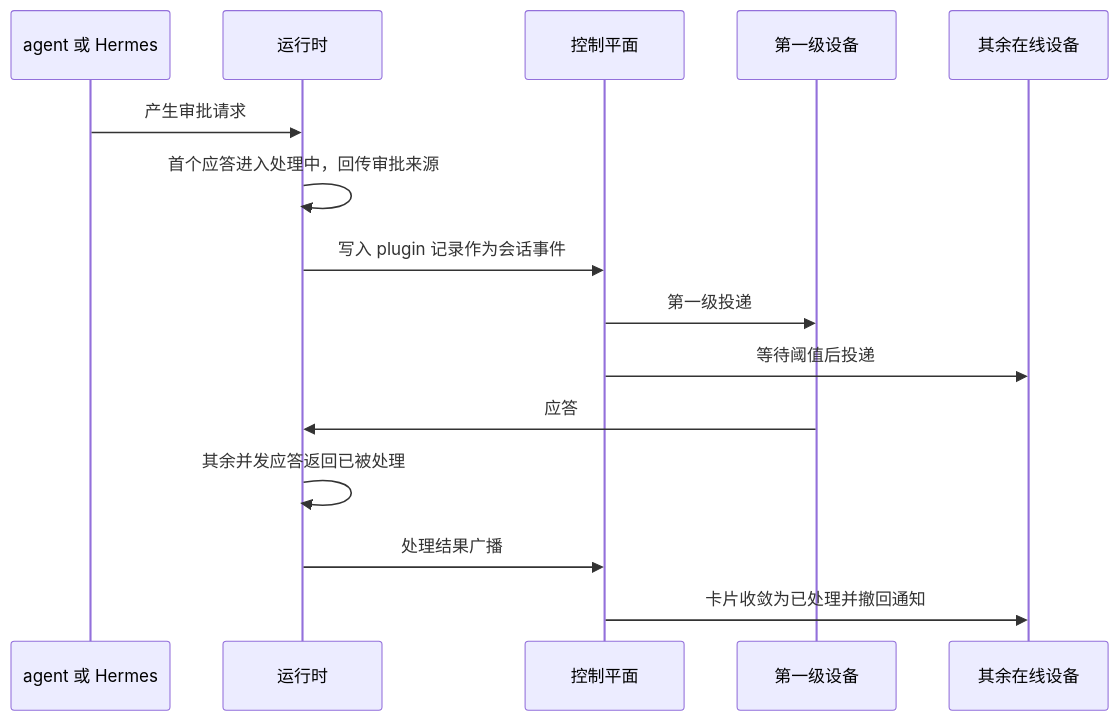
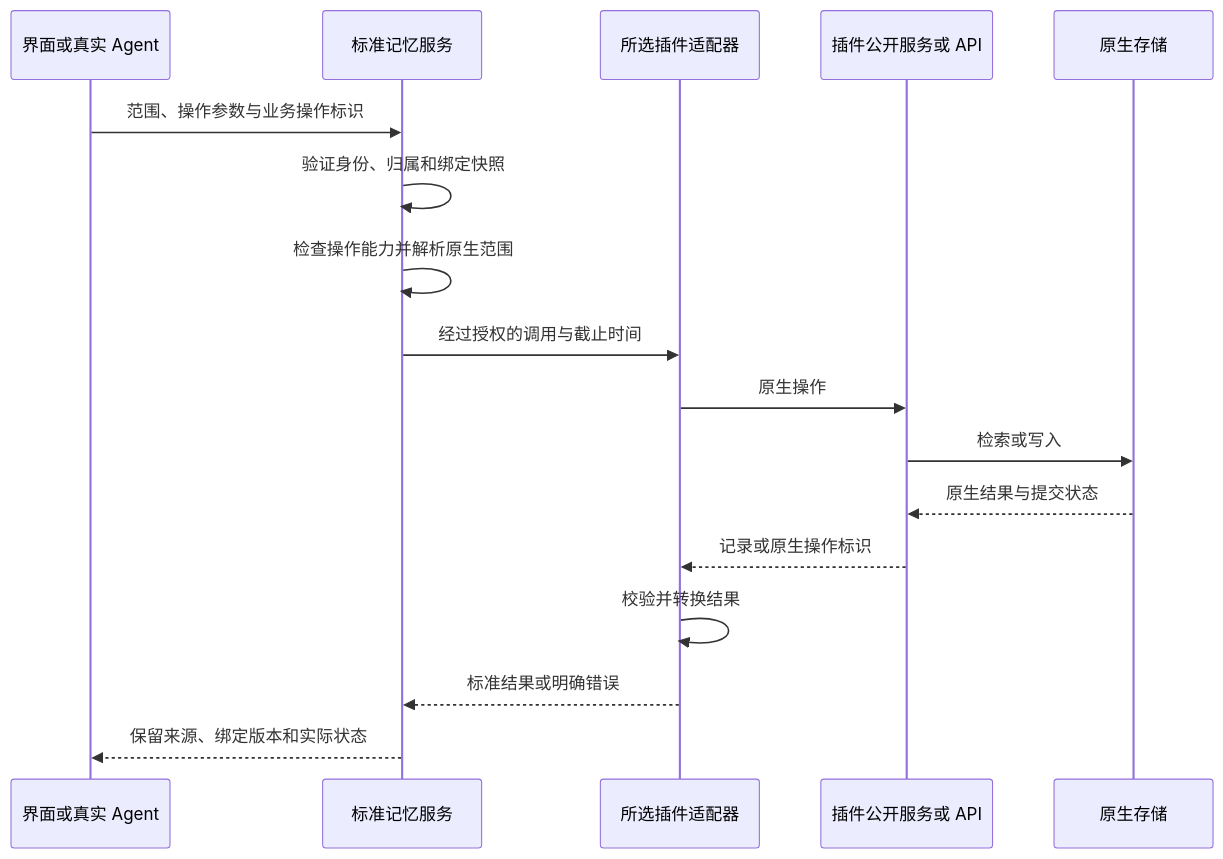
The fourth of 8 diagrams in runtime/docs/architecture-diagram.md (wenzetan/chatdsh), drawn with Mermaid before and after one commit. The commit also changed other lines of this file and 32 other files, not shown here.

First line of the commit message:
📝 docs(architecture): 定义插件能力接口与项目智能体架构 / define plugin capability interfaces and project agent architecture

````diff
--- a/runtime/docs/architecture-diagram.md
+++ b/runtime/docs/architecture-diagram.md
@@ -415,17 +79,19 @@
 ```mermaid
 sequenceDiagram
-  participant AG as agent 或 Hermes
-  participant RT as 运行时
-  participant GW as 控制平面
-  participant D1 as 第一级设备
-  participant D2 as 其余在线设备
-  AG->>RT: 产生审批请求
-  RT->>RT: 首个应答进入处理中，回传审批来源
-  RT->>GW: 写入 plugin 记录作为会话事件
-  GW->>D1: 第一级投递
-  GW->>D2: 等待阈值后投递
-  D1->>RT: 应答
-  RT->>RT: 其余并发应答返回已被处理
-  RT->>GW: 处理结果广播
-  GW->>D2: 卡片收敛为已处理并撤回通知
+  participant U as 界面或真实 Agent
+  participant C as 标准记忆服务
+  participant A as 所选插件适配器
+  participant P as 插件公开服务或 API
+  participant D as 原生存储
+  U->>C: 范围、操作参数与业务操作标识
+  C->>C: 验证身份、归属和绑定快照
+  C->>C: 检查操作能力并解析原生范围
+  C->>A: 经过授权的调用与截止时间
+  A->>P: 原生操作
+  P->>D: 检索或写入
+  D-->>P: 原生结果与提交状态
+  P-->>A: 记录或原生操作标识
+  A->>A: 校验并转换结果
+  A-->>C: 标准结果或明确错误
+  C-->>U: 保留来源、绑定版本和实际状态
 ```
````
